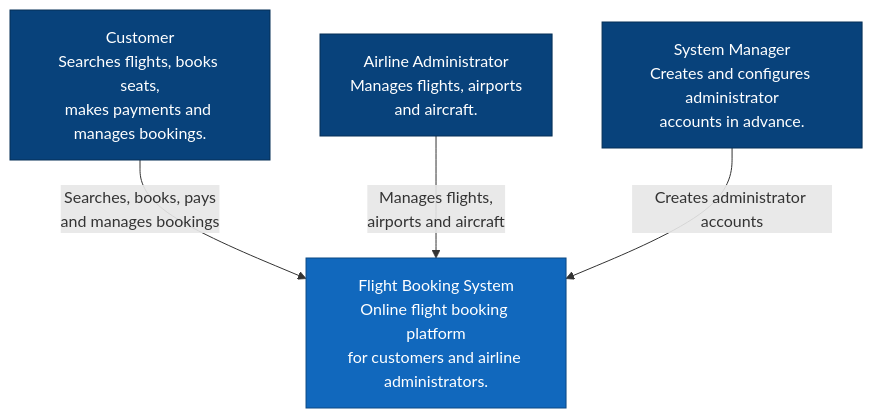
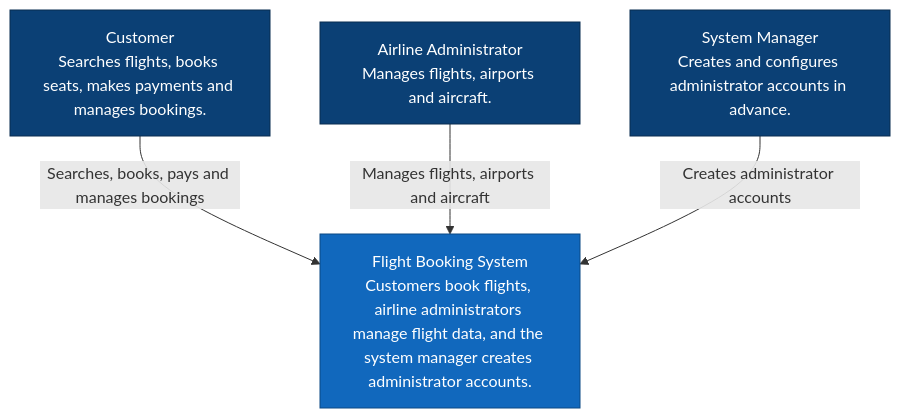
One commit to AbdalslamBondoq/Software-project-Flight-Booking-System changed the diagram in uml/c4_context.md. Above: the diagram before and after it, drawn with Mermaid. The commit also changed other lines of this file, not shown here.

Commit message:
Include the system manager in the C4 system description

````diff
--- a/uml/c4_context.md
+++ b/uml/c4_context.md
@@ -8,22 +7,16 @@
 ```mermaid
-flowchart TB
-    customer["Customer<br/>Searches flights, books seats,<br/>makes payments and manages bookings."]
+flowchart TD
+    Customer["Customer<br/>Searches flights, books seats, makes payments and manages bookings."]
+    Admin["Airline Administrator<br/>Manages flights, airports and aircraft."]
+    Manager["System Manager<br/>Creates and configures administrator accounts in advance."]
+    System["Flight Booking System<br/>Customers book flights, airline administrators manage flight data, and the system manager creates administrator accounts."]
 
-    admin["Airline Administrator<br/>Manages flights, airports<br/>and aircraft."]
+    Customer -->|Searches, books, pays and manages bookings| System
+    Admin -->|Manages flights, airports and aircraft| System
+    Manager -->|Creates administrator accounts| System
 
-    manager["System Manager<br/>Creates and configures administrator<br/>accounts in advance."]
-
-    fbs["Flight Booking System<br/>Online flight booking platform<br/>for customers and airline administrators."]
-
-    customer -->|"Searches, books, pays<br/>and manages bookings"| fbs
-
-    admin -->|"Manages flights,<br/>airports and aircraft"| fbs
-
-    manager -->|"Creates administrator accounts"| fbs
-
-    classDef person fill:#08427b,stroke:#052e56,color:#fff
-    classDef system fill:#1168bd,stroke:#0b4884,color:#fff
-
-    class customer,admin,manager person
-    class fbs system
+    classDef person fill:#0b4075,stroke:#082d50,color:#fff
+    classDef software fill:#1168bd,stroke:#0b4884,color:#fff
+    class Customer,Admin,Manager person
+    class System software
 ```
````
